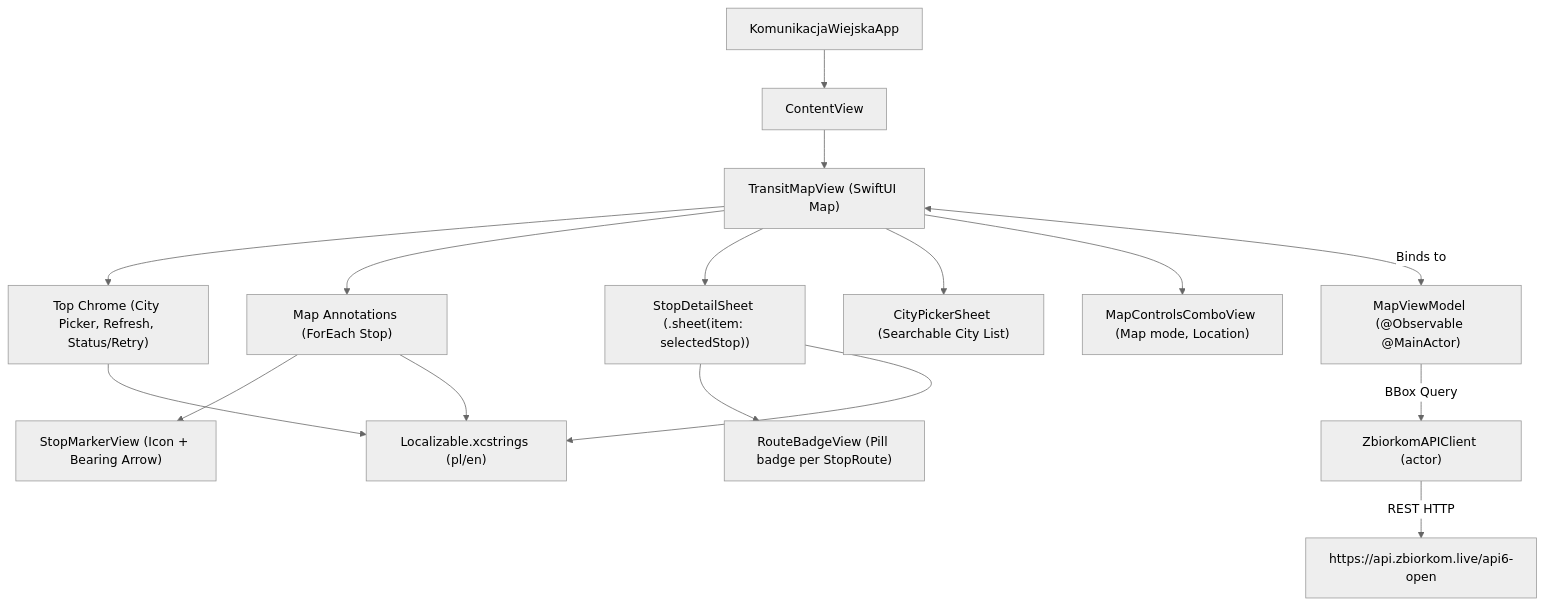
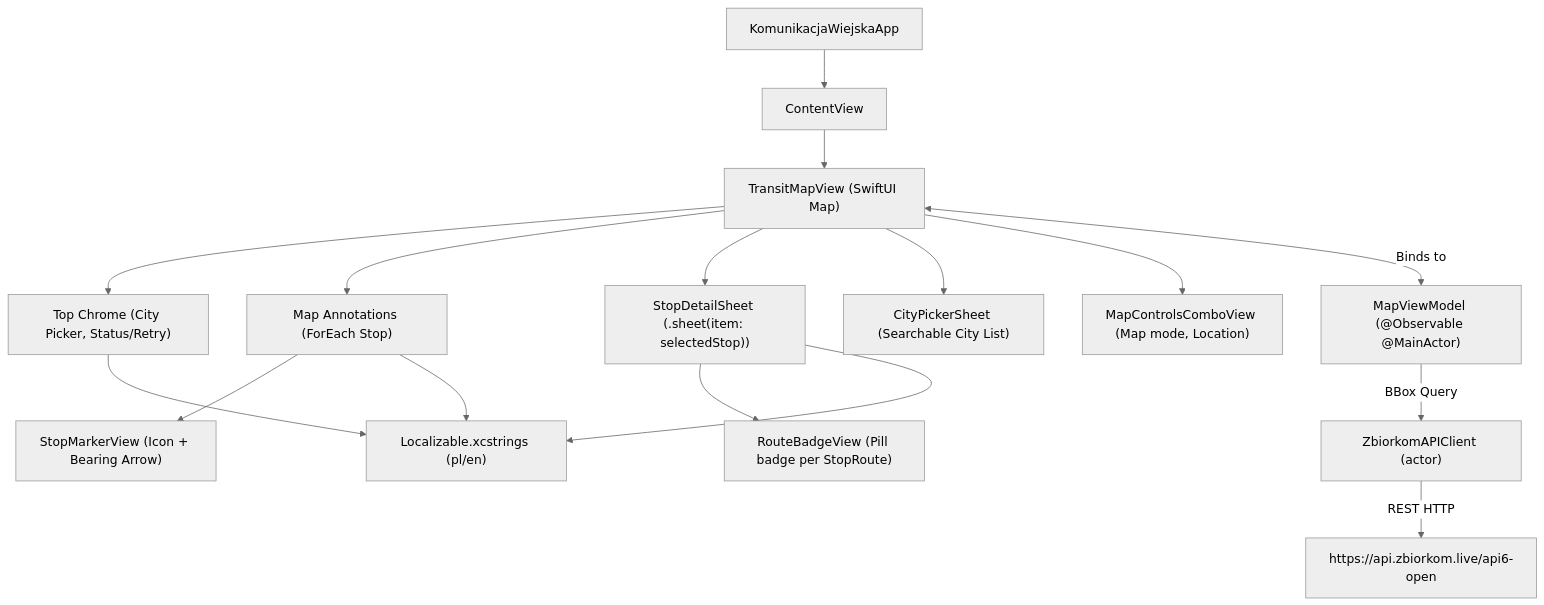
The diagram in docs/architecture.md (lemon-sh/KomunikacjaWiejska), drawn with Mermaid (neutral theme) before and after one commit. The commit also changed other lines of this file and 7 other files, not shown here.

````diff
--- a/docs/architecture.md
+++ b/docs/architecture.md
@@ -33,20 +33,20 @@
 ```mermaid
 flowchart TD
     App["KomunikacjaWiejskaApp"] --> Content["ContentView"]
     Content --> MapView["TransitMapView (SwiftUI Map)"]
-    MapView --> TopBar["Top Chrome (City Picker, Refresh, Status/Retry)"]
+    MapView --> TopBar["Top Chrome (City Picker, Status/Retry)"]
     MapView --> Annotations["Map Annotations (ForEach Stop)"]
     Annotations --> MarkerView["StopMarkerView (Icon + Bearing Arrow)"]
     MapView --> DetailSheet["StopDetailSheet (.sheet(item: selectedStop))"]
     DetailSheet --> RouteBadges["RouteBadgeView (Pill badge per StopRoute)"]
     MapView --> CitySheet["CityPickerSheet (Searchable City List)"]
     MapView --> Controls["MapControlsComboView (Map mode, Location)"]
 
     TopBar --> Localized["Localizable.xcstrings (pl/en)"]
     Annotations --> Localized
     DetailSheet --> Localized
 
     MapView <-->|Binds to| ViewModel["MapViewModel (@Observable @MainActor)"]
     ViewModel -->|BBox Query| Client["ZbiorkomAPIClient (actor)"]
     Client -->|REST HTTP| API["https://api.zbiorkom.live/api6-open"]
 ```
````
